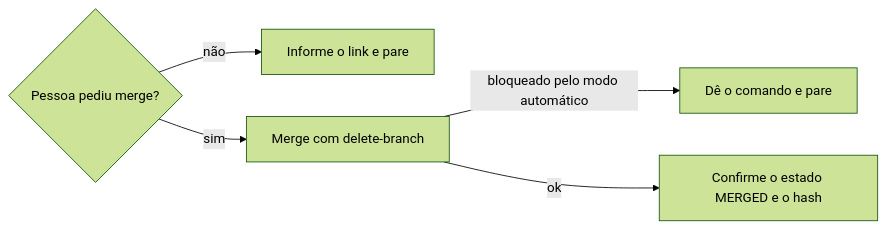
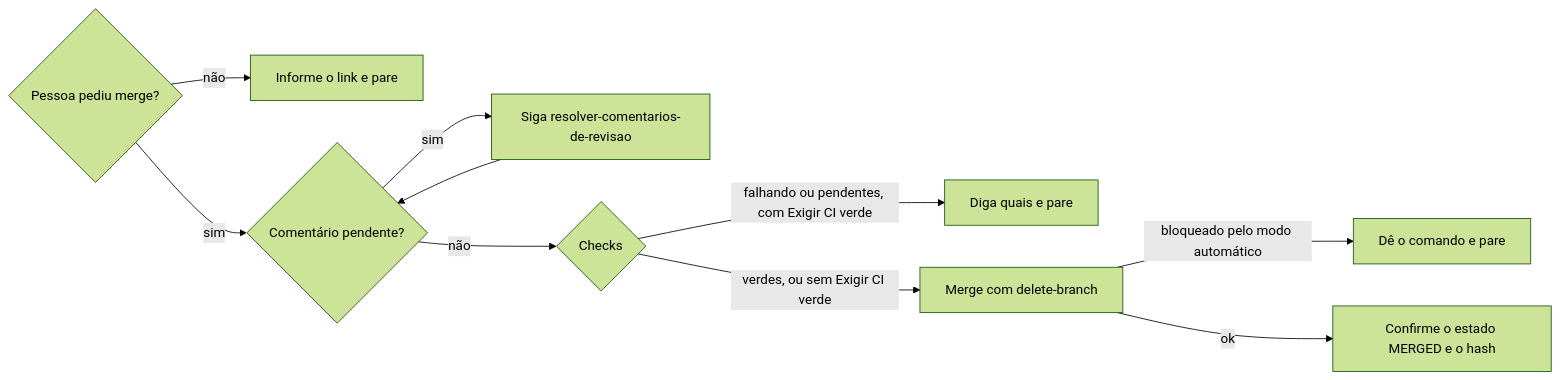
The diagram in .agents/skills/criar-pull-request/SKILL.md (jimmyandrade/harness), drawn with Mermaid (forest theme) before and after one commit. The commit also changed other lines of this file and 2 other files, not shown here.

First line of the commit message:
feat(criar-pull-request): check comments and checks before merging (#48)

````diff
--- a/.agents/skills/criar-pull-request/SKILL.md
+++ b/.agents/skills/criar-pull-request/SKILL.md
@@ -64,7 +68,12 @@
 ```mermaid
 flowchart LR
   A{Pessoa pediu merge?} -->|não| B[Informe o link e pare]
-  A -->|sim| C[Merge com delete-branch]
-  C -->|bloqueado pelo modo automático| D[Dê o comando e pare]
-  C -->|ok| E[Confirme o estado MERGED e o hash]
+  A -->|sim| C{Comentário pendente?}
+  C -->|sim| D[Siga resolver-comentarios-de-revisao]
+  D --> C
+  C -->|não| E{Checks}
+  E -->|falhando ou pendentes, com Exigir CI verde| F[Diga quais e pare]
+  E -->|verdes, ou sem Exigir CI verde| G[Merge com delete-branch]
+  G -->|bloqueado pelo modo automático| H[Dê o comando e pare]
+  G -->|ok| I[Confirme o estado MERGED e o hash]
 ```
````
